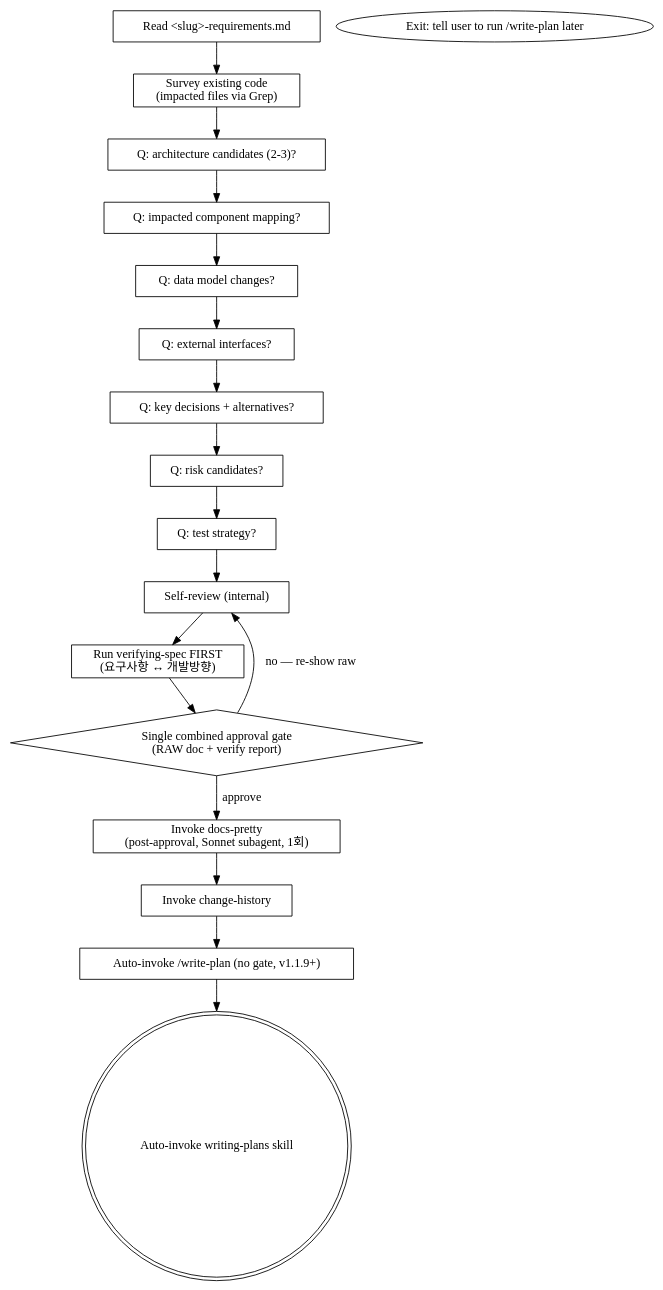
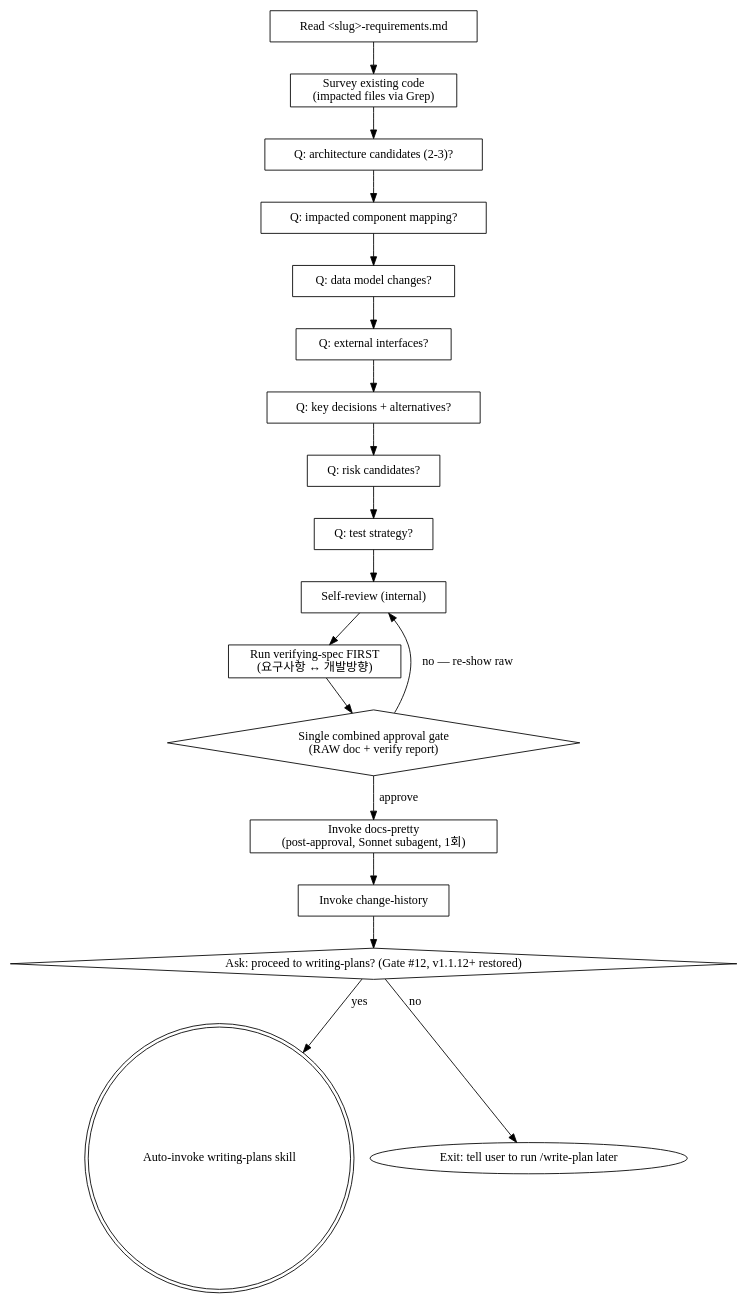
Before and after one commit to deokjinlog/dj-superkit: the diagram in skills/designing-direction/SKILL.md, drawn with Graphviz. The commit also changed other lines of this file and 7 other files, not shown here.

First line of the commit message:
feat(v1.1.12): restore gate #12 (proceed-to-write-plan) — explicit yes/no gate

````diff
--- a/skills/designing-direction/SKILL.md
+++ b/skills/designing-direction/SKILL.md
@@ -60,38 +60,39 @@
 ```dot
 digraph design_flow {
     "Read <slug>-requirements.md" [shape=box];
     "Survey existing code\n(impacted files via Grep)" [shape=box];
     "Q: architecture candidates (2-3)?" [shape=box];
     "Q: impacted component mapping?" [shape=box];
     "Q: data model changes?" [shape=box];
     "Q: external interfaces?" [shape=box];
     "Q: key decisions + alternatives?" [shape=box];
     "Q: risk candidates?" [shape=box];
     "Q: test strategy?" [shape=box];
     "Self-review (internal)" [shape=box];
     "Run verifying-spec FIRST\n(요구사항 ↔ 개발방향)" [shape=box];
     "Single combined approval gate\n(RAW doc + verify report)" [shape=diamond];
     "Invoke docs-pretty\n(post-approval, Sonnet subagent, 1회)" [shape=box];
     "Invoke change-history" [shape=box];
-    "Auto-invoke /write-plan (no gate, v1.1.9+)" [shape=box];
+    "Ask: proceed to writing-plans? (Gate #12, v1.1.12+ restored)" [shape=diamond];
     "Auto-invoke writing-plans skill" [shape=doublecircle];
     "Exit: tell user to run /write-plan later" [shape=oval];
 
     "Read <slug>-requirements.md" -> "Survey existing code\n(impacted files via Grep)";
     "Survey existing code\n(impacted files via Grep)" -> "Q: architecture candidates (2-3)?";
     "Q: architecture candidates (2-3)?" -> "Q: impacted component mapping?";
     "Q: impacted component mapping?" -> "Q: data model changes?";
     "Q: data model changes?" -> "Q: external interfaces?";
     "Q: external interfaces?" -> "Q: key decisions + alternatives?";
     "Q: key decisions + alternatives?" -> "Q: risk candidates?";
     "Q: risk candidates?" -> "Q: test strategy?";
     "Q: test strategy?" -> "Self-review (internal)";
     "Self-review (internal)" -> "Run verifying-spec FIRST\n(요구사항 ↔ 개발방향)";
     "Run verifying-spec FIRST\n(요구사항 ↔ 개발방향)" -> "Single combined approval gate\n(RAW doc + verify report)";
     "Single combined approval gate\n(RAW doc + verify report)" -> "Self-review (internal)" [label="no — re-show raw"];
     "Single combined approval gate\n(RAW doc + verify report)" -> "Invoke docs-pretty\n(post-approval, Sonnet subagent, 1회)" [label="approve"];
     "Invoke docs-pretty\n(post-approval, Sonnet subagent, 1회)" -> "Invoke change-history";
-    "Invoke change-history" -> "Auto-invoke /write-plan (no gate, v1.1.9+)";
-    "Auto-invoke /write-plan (no gate, v1.1.9+)" -> "Auto-invoke writing-plans skill";
+    "Invoke change-history" -> "Ask: proceed to writing-plans? (Gate #12, v1.1.12+ restored)";
+    "Ask: proceed to writing-plans? (Gate #12, v1.1.12+ restored)" -> "Auto-invoke writing-plans skill" [label="yes"];
+    "Ask: proceed to writing-plans? (Gate #12, v1.1.12+ restored)" -> "Exit: tell user to run /write-plan later" [label="no"];
 }
 ```
````
